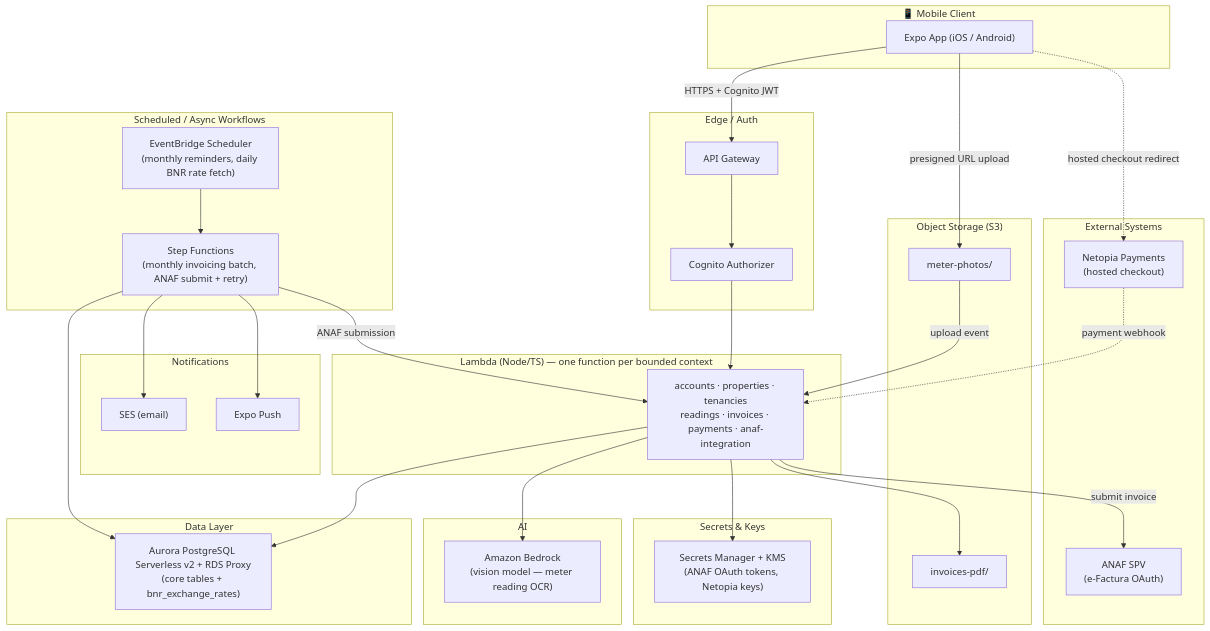
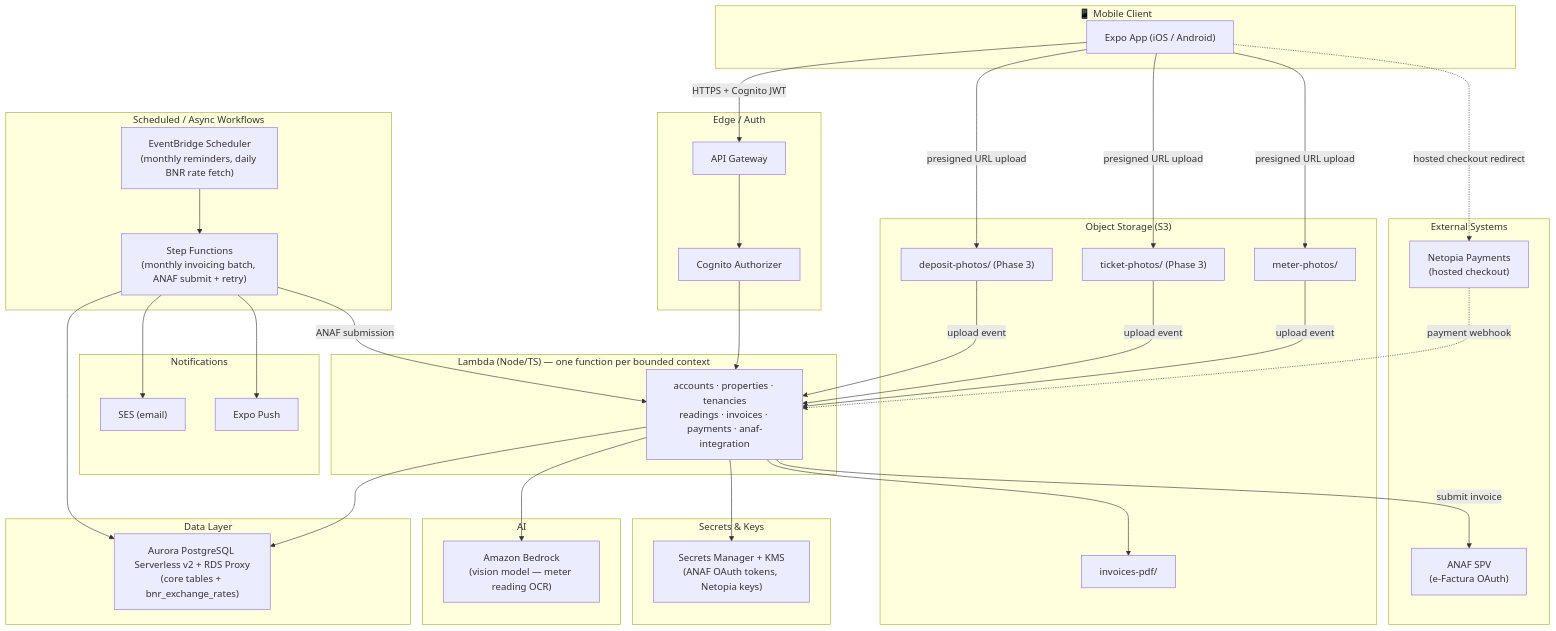
One commit to tudorungur/helix-core changed the diagram in SPEC.md. Above: the diagram before and after it, drawn with Mermaid. The commit also changed other lines of this file, not shown here.

````diff
--- a/SPEC.md
+++ b/SPEC.md
@@ -354,65 +356,71 @@
 ```mermaid
 flowchart TB
     subgraph Client["📱 Mobile Client"]
         App["Expo App (iOS / Android)"]
     end
 
     subgraph Edge["Edge / Auth"]
         APIGW["API Gateway"]
         Cog["Cognito Authorizer"]
         APIGW --> Cog
     end
 
     subgraph Storage["Object Storage (S3)"]
         S3Photos["meter-photos/"]
         S3Invoices["invoices-pdf/"]
+        S3Tickets["ticket-photos/ (Phase 3)"]
+        S3Deposits["deposit-photos/ (Phase 3)"]
     end
 
     subgraph Compute["Lambda (Node/TS) — one function per bounded context"]
         L["accounts · properties · tenancies\nreadings · invoices · payments · anaf-integration"]
     end
 
     subgraph Data["Data Layer"]
         Aurora["Aurora PostgreSQL Serverless v2 + RDS Proxy\n(core tables + bnr_exchange_rates)"]
     end
 
     subgraph AI["AI"]
         Bedrock["Amazon Bedrock\n(vision model — meter reading OCR)"]
     end
 
     subgraph Secrets["Secrets & Keys"]
         SM["Secrets Manager + KMS\n(ANAF OAuth tokens, Netopia keys)"]
     end
 
     subgraph Async["Scheduled / Async Workflows"]
         EB["EventBridge Scheduler\n(monthly reminders, daily BNR rate fetch)"]
         SF["Step Functions\n(monthly invoicing batch, ANAF submit + retry)"]
         EB --> SF
     end
 
     subgraph Notify["Notifications"]
         SES["SES (email)"]
         Push["Expo Push"]
     end
 
     subgraph External["External Systems"]
         ANAF["ANAF SPV\n(e-Factura OAuth)"]
         Netopia["Netopia Payments\n(hosted checkout)"]
     end
 
     App -->|"HTTPS + Cognito JWT"| APIGW
     App -->|"presigned URL upload"| S3Photos
+    App -->|"presigned URL upload"| S3Tickets
+    App -->|"presigned URL upload"| S3Deposits
     App -.->|"hosted checkout redirect"| Netopia
     Cog --> L
     S3Photos -->|"upload event"| L
+    S3Tickets -->|"upload event"| L
+    S3Deposits -->|"upload event"| L
     L --> Aurora
     L --> Bedrock
     L --> SM
     L -->|"submit invoice"| ANAF
     Netopia -.->|"payment webhook"| L
     SF --> Aurora
     SF -->|"ANAF submission"| L
     SF --> SES
     SF --> Push
     L --> S3Invoices
 ```
````
